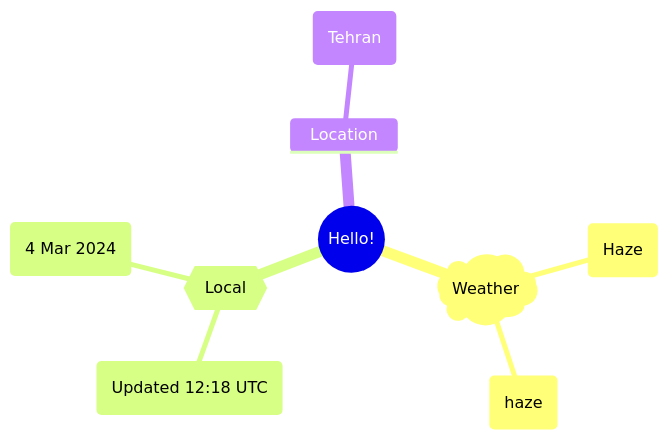
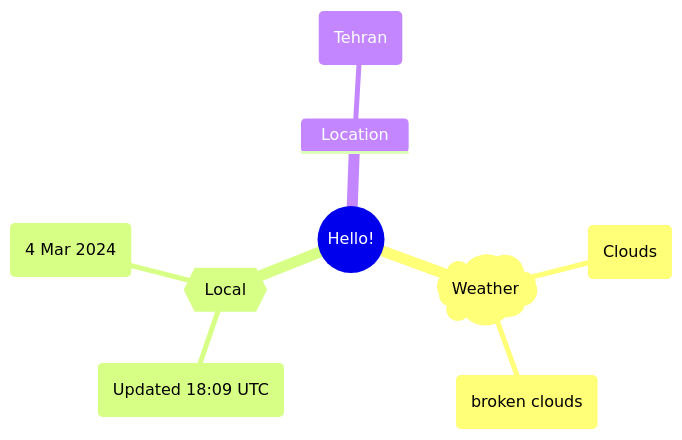
One commit to Xosrov/Xosrov changed the first of 2 diagrams in README.md. Above: the diagram before and after it, drawn with Mermaid.

Commit message:
[bot] updated images

````diff
--- a/README.md
+++ b/README.md
@@ -3,12 +3,12 @@
 ```mermaid
 mindmap
   root((Hello!))
     )Weather(
-        (Haze)
-        (haze)
+        (Clouds)
+        (broken clouds)
     {{Local}}
-        (Updated 12:18 UTC)
+        (Updated 18:09 UTC)
         (4 Mar 2024)
     Location
         (Tehran)
 ```
````
